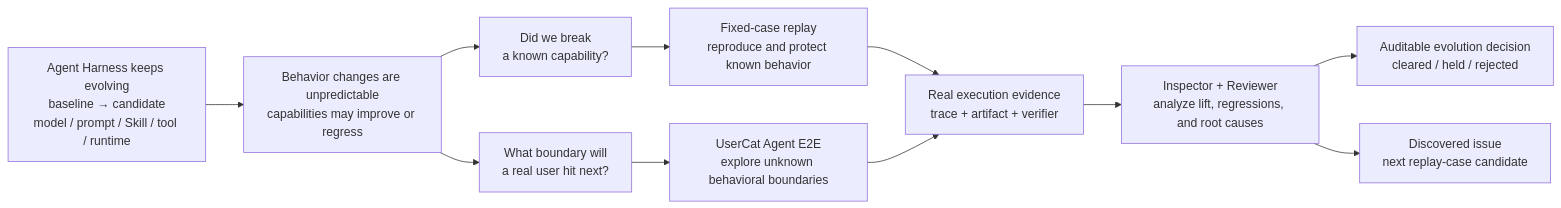
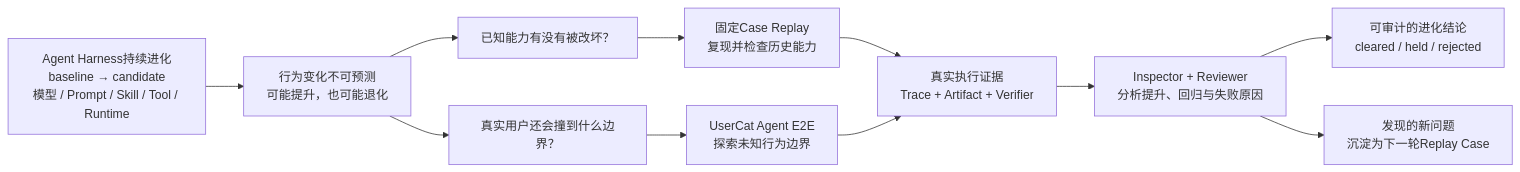
Before and after one commit to fightheyyy/barena: the diagram in README.md, drawn with Mermaid. The commit also changed other lines of this file, not shown here.

````diff
--- a/README.md
+++ b/README.md
@@ -57,34 +61,34 @@
 ```mermaid
 flowchart LR
-    Change["Agent Harness keeps evolving<br/>baseline → candidate<br/>model / prompt / Skill / tool / runtime"]
+    Change["Agent Harness持续进化<br/>baseline → candidate<br/>模型 / Prompt / Skill / Tool / Runtime"]
 
-    Risk["Behavior changes are unpredictable<br/>capabilities may improve or regress"]
+    Risk["行为变化不可预测<br/>可能提升，也可能退化"]
 
-    Known["Did we break<br/>a known capability?"]
-    Unknown["What boundary will<br/>a real user hit next?"]
+    Known["已知能力有没有被改坏？"]
+    Unknown["真实用户还会撞到什么边界？"]
 
-    Replay["Fixed-case replay<br/>reproduce and protect known behavior"]
-    E2E["UserCat Agent E2E<br/>explore unknown behavioral boundaries"]
+    Replay["固定Case Replay<br/>复现并检查历史能力"]
+    E2E["UserCat Agent E2E<br/>探索未知行为边界"]
 
-    Evidence["Real execution evidence<br/>trace + artifact + verifier"]
+    Evidence["真实执行证据<br/>Trace + Artifact + Verifier"]
 
-    Review["Inspector + Reviewer<br/>analyze lift, regressions, and root causes"]
+    Review["Inspector + Reviewer<br/>分析提升、回归与失败原因"]
 
-    Decision["Auditable evolution decision<br/>cleared / held / rejected"]
+    Decision["可审计的进化结论<br/>cleared / held / rejected"]
 
-    NewCase["Discovered issue<br/>next replay-case candidate"]
+    NewCase["发现的新问题<br/>沉淀为下一轮Replay Case"]
 
     Change --> Risk
     Risk --> Known
     Risk --> Unknown
 
     Known --> Replay
     Unknown --> E2E
 
     Replay --> Evidence
     E2E --> Evidence
 
     Evidence --> Review
     Review --> Decision
     Review --> NewCase
 ```
````
